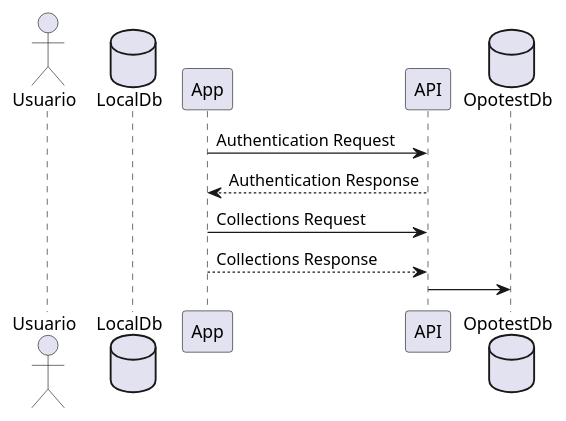
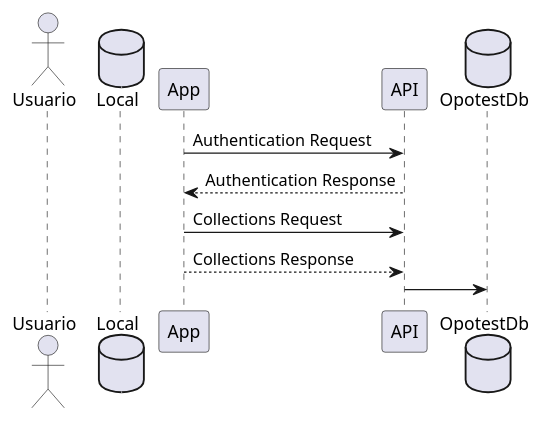
The diagram in doc/planteamiento_secuencia.puml (Joselon/ProyectoOpoTest), drawn with PlantUML before and after one commit. The commit also changed 8 other files, not shown here.

```diff
--- a/doc/planteamiento_secuencia.puml
+++ b/doc/planteamiento_secuencia.puml
@@ -2,15 +2,15 @@
 @startuml OpoTestPlanteamiento
 actor Usuario
 
-database LocalDb
+database Local
 App -> API: Authentication Request
 API --> App: Authentication Response
 
 App -> API: Collections Request
 API <-- App: Collections Response
 
 database OpotestDb
 
 API -> OpotestDb
 
 @enduml
```
